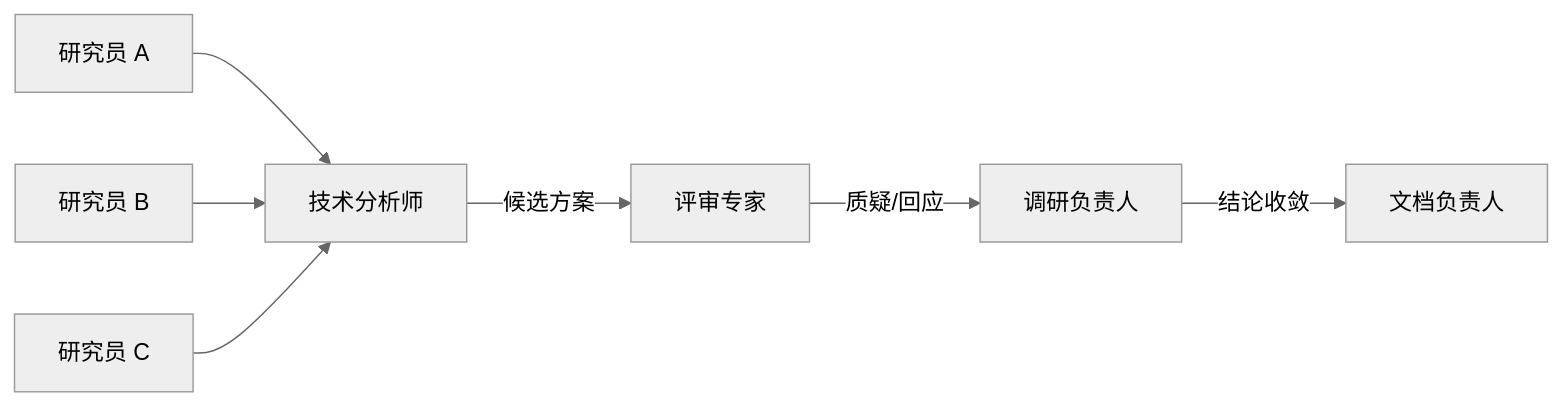
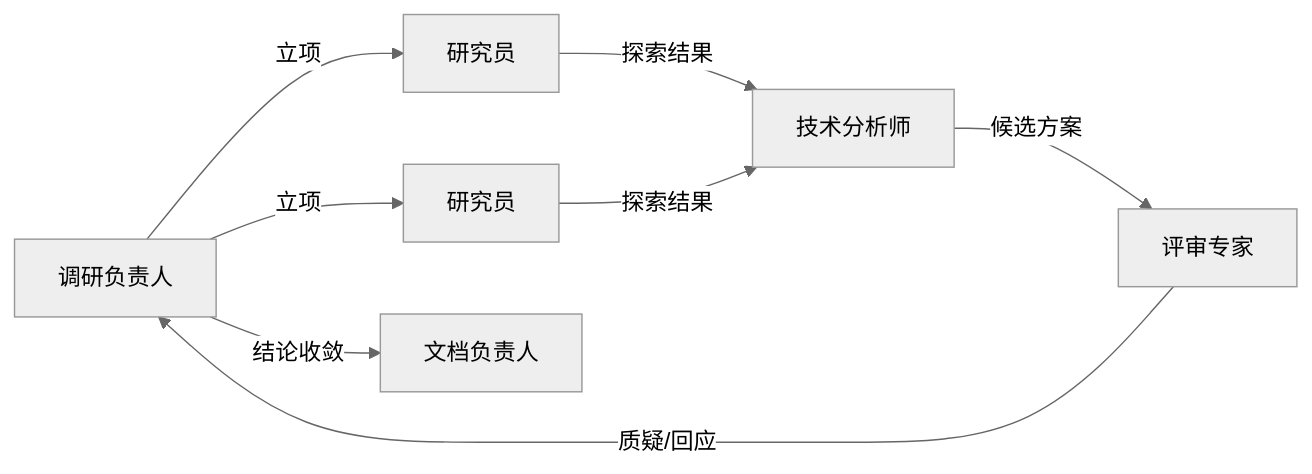
Before and after one commit to icylight/pi-tavern: the sixth of 6 diagrams in README.md, drawn with Mermaid (neutral theme). The commit also changed other lines of this file and 1 other file, not shown here.

Commit message:
docs(readme): 三图对齐 Dev 草案——安全审查加安全测试工程师回归验证回流、开源维护发布回流分诊、技术调研加立项节点（中英一致）

````diff
--- a/README.md
+++ b/README.md
@@ -109,9 +109,8 @@
 ```mermaid
 flowchart LR
-    R1["研究员 A"] --> AN["技术分析师"]
-    R2["研究员 B"] --> AN
-    R3["研究员 C"] --> AN
-    AN -->|"候选方案"| EXP["评审专家"]
-    EXP -->|"质疑/回应"| LEAD["调研负责人"]
-    LEAD -->|"结论收敛"| DOC["文档负责人"]
+    OL["调研负责人"] -->|"立项"| R1["研究员"] & R2["研究员"]
+    R1 & R2 -->|"探索结果"| TA["技术分析师"]
+    TA -->|"候选方案"| RE["评审专家"]
+    RE -->|"质疑/回应"| OL
+    OL -->|"结论收敛"| DW["文档负责人"]
 ```
````
